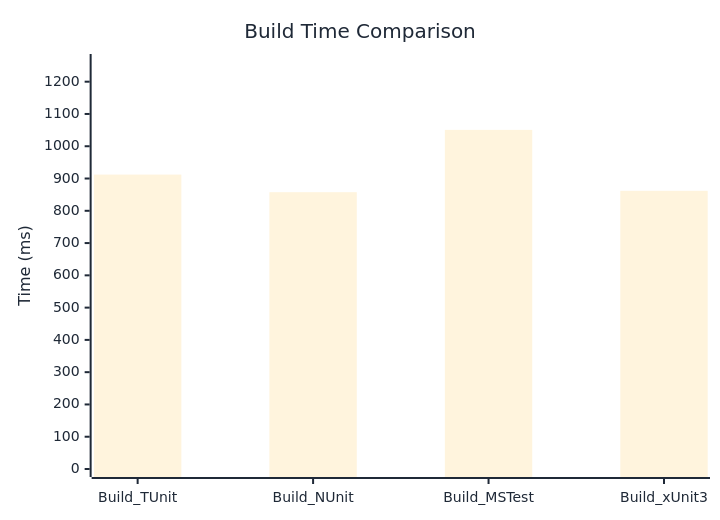
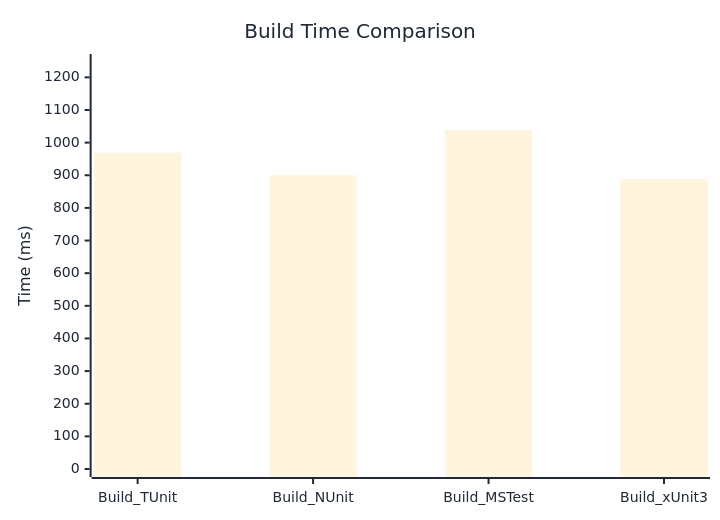
One commit to thomhurst/TUnit changed the diagram in docs/docs/benchmarks/engine/BuildTime.md. Above: the diagram before and after it, drawn with Mermaid. The commit also changed other lines of this file and 17 other files, not shown here.

````diff
--- a/docs/docs/benchmarks/engine/BuildTime.md
+++ b/docs/docs/benchmarks/engine/BuildTime.md
@@ -30,37 +30,37 @@
 ```mermaid
 %%{init: {
   'theme':'base',
   'themeVariables': {
     'primaryColor': '#2563eb',
     'primaryTextColor': '#1f2937',
     'primaryBorderColor': '#1e40af',
     'lineColor': '#6b7280',
     'secondaryColor': '#7c3aed',
     'tertiaryColor': '#dc2626',
     'background': '#ffffff',
     'mainBkg': '#2563eb',
     'secondBkg': '#7c3aed',
     'tertiaryBkg': '#dc2626',
     'clusterBkg': '#f3f4f6',
     'edgeLabelBackground': '#ffffff',
     'tertiaryTextColor': '#1f2937',
     'pie1': '#2563eb',
     'pie2': '#7c3aed',
     'pie3': '#dc2626',
     'pie4': '#f59e0b',
     'pie5': '#10b981',
     'pie6': '#06b6d4',
     'pie7': '#ec4899',
     'pie8': '#6366f1',
     'pie9': '#84cc16',
     'pie10': '#f97316',
     'pie11': '#14b8a6',
     'pie12': '#a855f7'
   }
 }}%%
 xychart-beta
   title "Build Time Comparison"
   x-axis ["Build_TUnit", "Build_NUnit", "Build_MSTest", "Build_xUnit3"]
-  y-axis "Time (ms)" 0 --> 1261
-  bar [912.2, 857.6, 1050.7, 861.9]
+  y-axis "Time (ms)" 0 --> 1247
+  bar [969.1, 899.7, 1039.1, 888.5]
 ```
````
